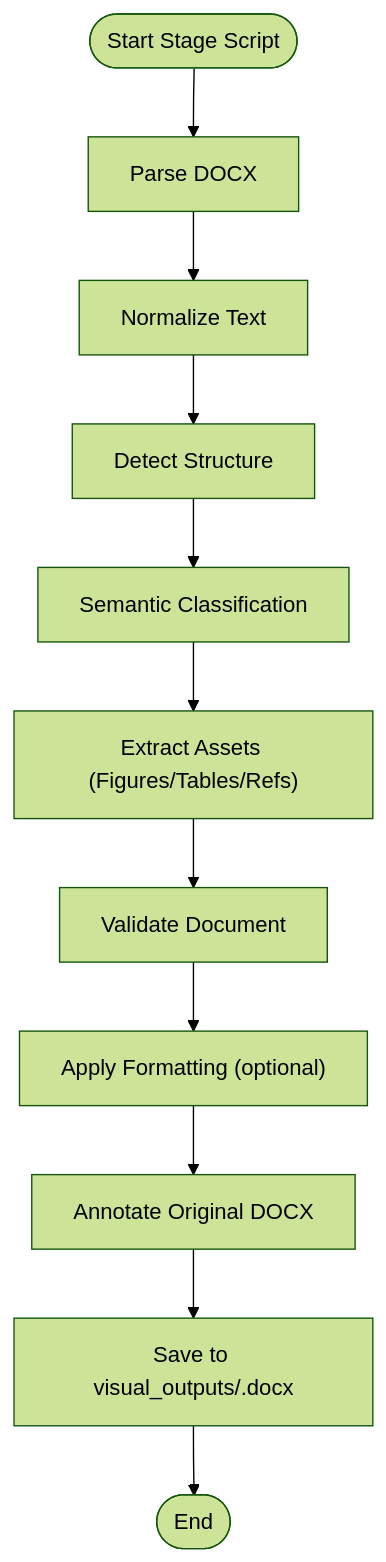
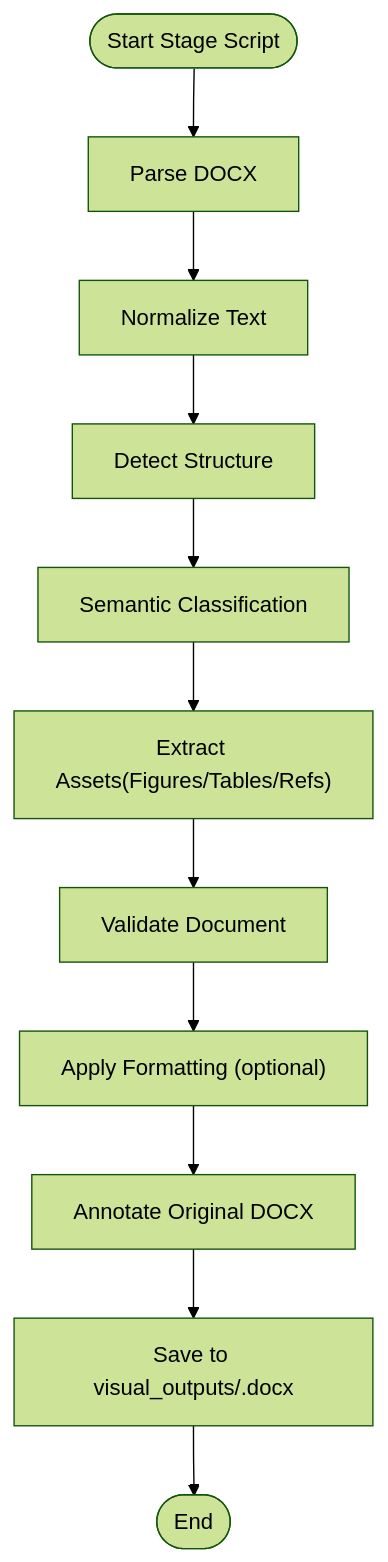
One commit to rohitkumarnaidu/ScholarFormAI changed the third of 6 diagrams in docs/docs/knowledge/Testing Strategy/Manual Testing/Visual Testing/Visual Output Management.md. Above: the diagram before and after it, drawn with Mermaid (forest theme). The commit also changed 73 other files, not shown here.

First line of the commit message:
docs: enterprise-level markdown upgrade with Mermaid diagrams

````diff
--- a/docs/docs/knowledge/Testing Strategy/Manual Testing/Visual Testing/Visual Output Management.md
+++ b/docs/docs/knowledge/Testing Strategy/Manual Testing/Visual Testing/Visual Output Management.md
@@ -142,13 +142,13 @@
 ```mermaid
 flowchart TD
 Start(["Start Stage Script"]) --> Parse["Parse DOCX"]
 Parse --> Normalize["Normalize Text"]
 Normalize --> Structure["Detect Structure"]
 Structure --> Classify["Semantic Classification"]
-Classify --> Extract["Extract Assets (Figures/Tables/Refs)"]
+Classify --> Extract["Extract Assets(Figures/Tables/Refs)"]
 Extract --> Validate["Validate Document"]
 Validate --> Format["Apply Formatting (optional)"]
 Format --> Annotate["Annotate Original DOCX"]
 Annotate --> Save["Save to visual_outputs/<stage>.docx"]
 Save --> End(["End"])
 ```
````
